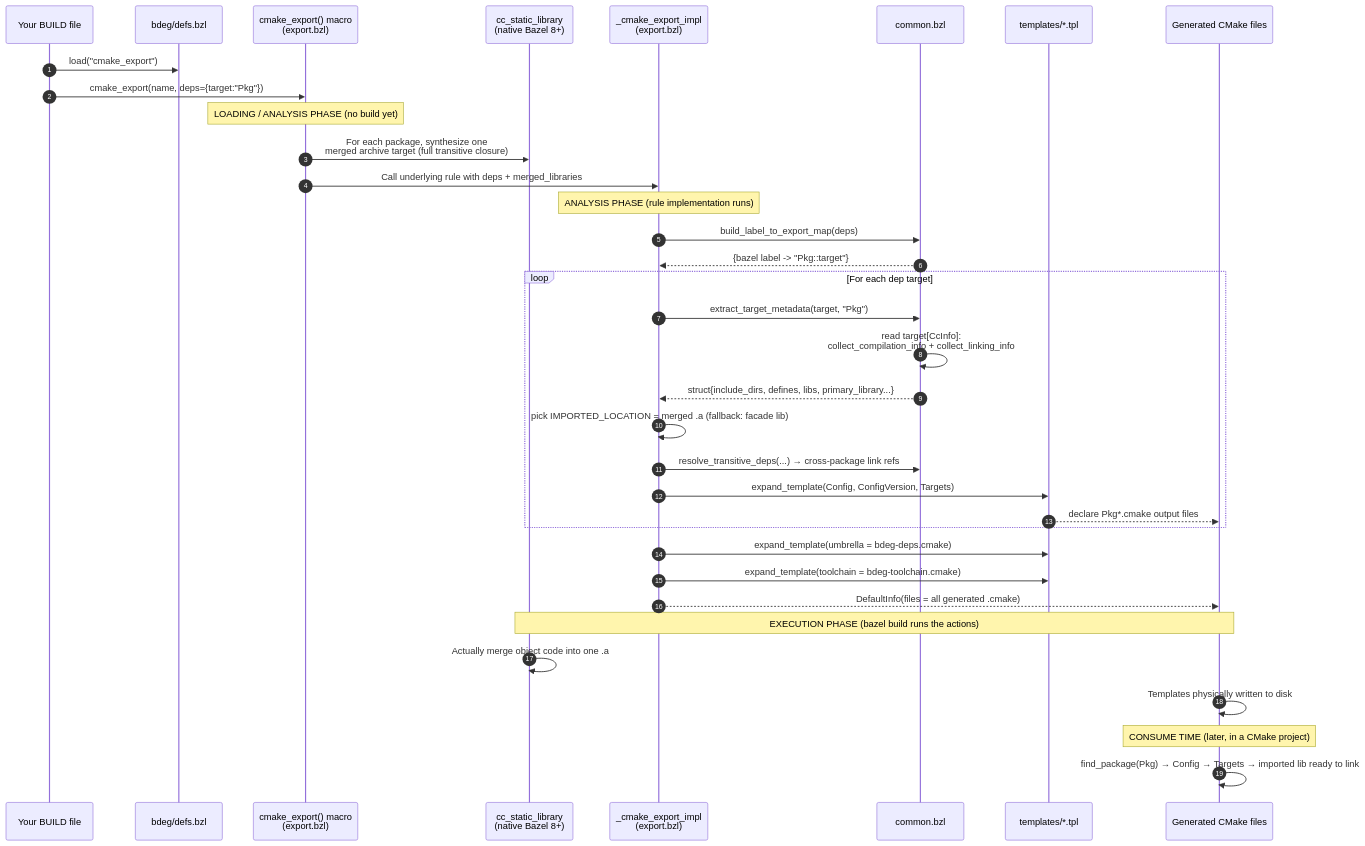
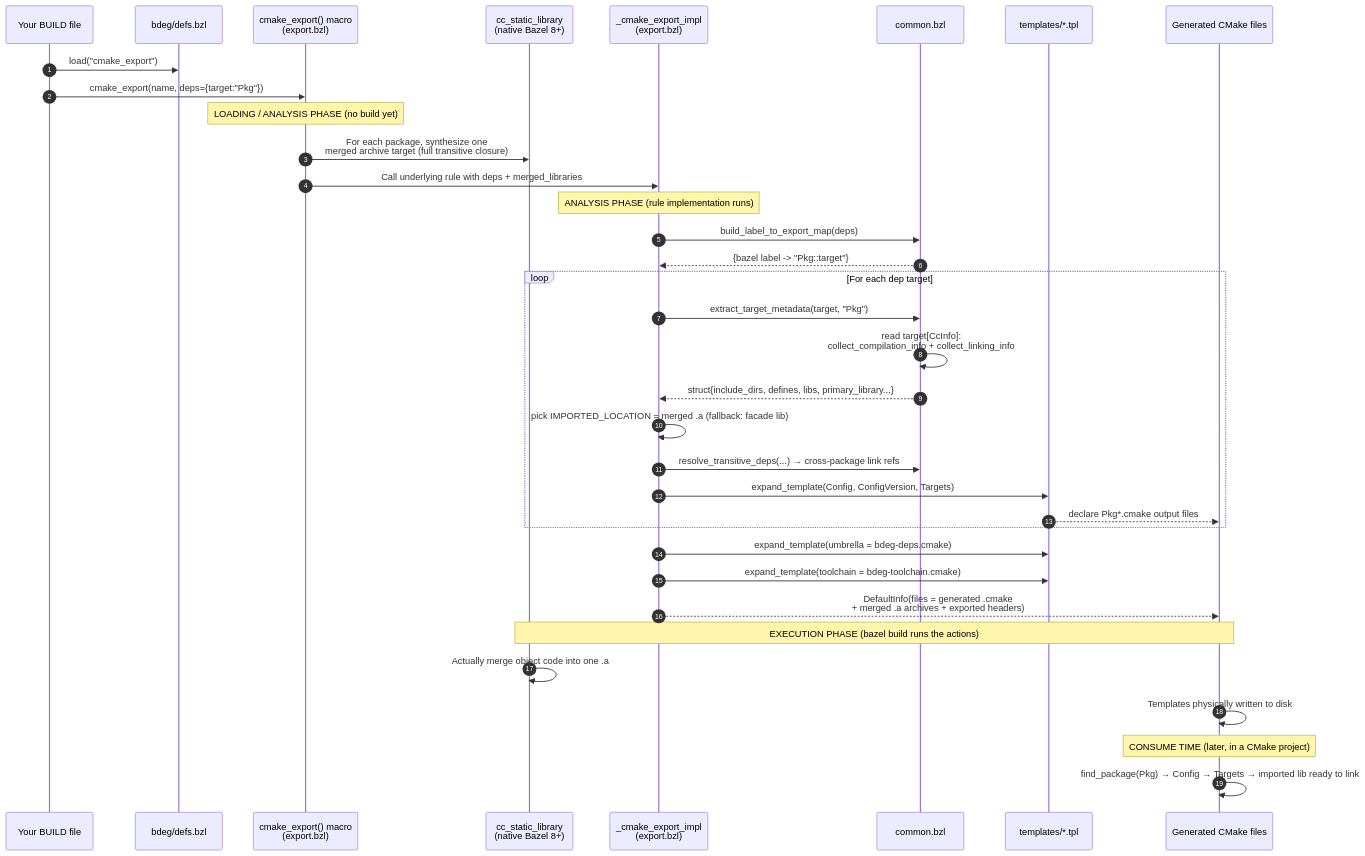
One commit to eclipse-hephaestus/rules_bdeg changed the second of 4 diagrams in docs/how-rules-bdeg-works.md. Above: the diagram before and after it, drawn with Mermaid. The commit also changed other lines of this file and 17 other files, not shown here.

````diff
--- a/docs/how-rules-bdeg-works.md
+++ b/docs/how-rules-bdeg-works.md
@@ -72,43 +72,43 @@
 ```mermaid
 sequenceDiagram
     autonumber
     participant You as Your BUILD file
     participant Defs as bdeg/defs.bzl
     participant Macro as cmake_export() macro<br/>(export.bzl)
     participant CSL as cc_static_library<br/>(native Bazel 8+)
     participant Rule as _cmake_export_impl<br/>(export.bzl)
     participant Common as common.bzl
     participant Tpl as templates/*.tpl
     participant Out as Generated CMake files
 
     You->>Defs: load("cmake_export")
     You->>Macro: cmake_export(name, deps={target:"Pkg"})
 
     Note over Macro: LOADING / ANALYSIS PHASE (no build yet)
     Macro->>CSL: For each package, synthesize one<br/>merged archive target (full transitive closure)
     Macro->>Rule: Call underlying rule with deps + merged_libraries
 
     Note over Rule: ANALYSIS PHASE (rule implementation runs)
     Rule->>Common: build_label_to_export_map(deps)
     Common-->>Rule: {bazel label -> "Pkg::target"}
 
     loop For each dep target
         Rule->>Common: extract_target_metadata(target, "Pkg")
         Common->>Common: read target[CcInfo]:<br/>collect_compilation_info + collect_linking_info
         Common-->>Rule: struct{include_dirs, defines, libs, primary_library...}
         Rule->>Rule: pick IMPORTED_LOCATION = merged .a (fallback: facade lib)
         Rule->>Common: resolve_transitive_deps(...) → cross-package link refs
         Rule->>Tpl: expand_template(Config, ConfigVersion, Targets)
         Tpl-->>Out: declare Pkg*.cmake output files
     end
     Rule->>Tpl: expand_template(umbrella = bdeg-deps.cmake)
     Rule->>Tpl: expand_template(toolchain = bdeg-toolchain.cmake)
-    Rule-->>Out: DefaultInfo(files = all generated .cmake)
+    Rule-->>Out: DefaultInfo(files = generated .cmake<br/>+ merged .a archives + exported headers)
 
     Note over CSL,Out: EXECUTION PHASE (bazel build runs the actions)
     CSL->>CSL: Actually merge object code into one .a
     Out->>Out: Templates physically written to disk
 
     Note over Out: CONSUME TIME (later, in a CMake project)
     Out->>Out: find_package(Pkg) → Config → Targets → imported lib ready to link
 ```
````
